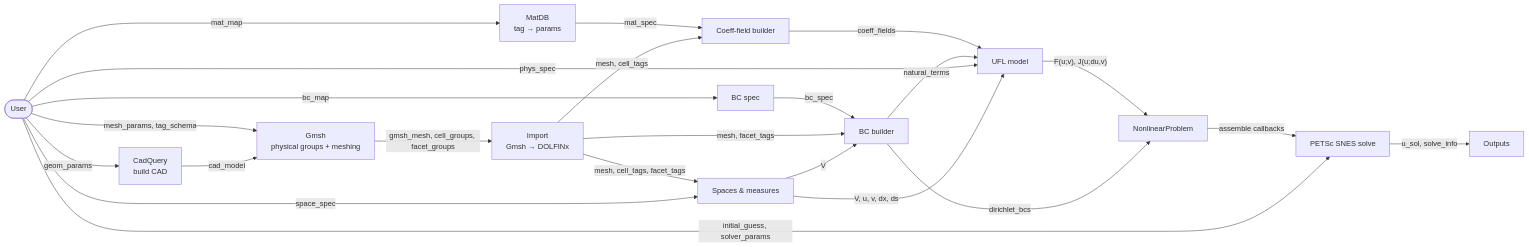
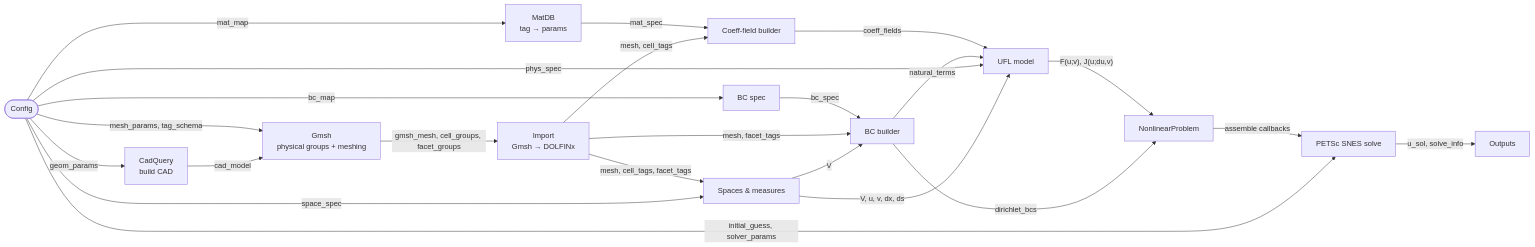
One commit to amannm/parts changed the diagram in nonlinearsteady.mermaid. Above: the diagram before and after it, drawn with Mermaid. The commit also changed 3 other files, not shown here.

```diff
--- a/nonlinearsteady.mermaid
+++ b/nonlinearsteady.mermaid
@@ -1,46 +1,41 @@
 flowchart LR
-    U([User])
-
-        CQ["CadQuery\nbuild CAD"]
-        GM["Gmsh\nphysical groups + meshing"]
-        IM["Import\nGmsh → DOLFINx"]
-
-        FS["Spaces & measures"]
-        MDB["MatDB\ntag → params"]
-        CF["Coeff-field builder"]
-        BCS["BC spec"]
-        BCB["BC builder"]
-
-        PHYS["UFL model"]
-
-        PROB["NonlinearProblem"]
-        SNES["PETSc SNES solve"]
-
+    U([Config])
+    CQ["CadQuery\nbuild CAD"]
+    GM["Gmsh\nphysical groups + meshing"]
+    IM["Import\nGmsh → DOLFINx"]
+    FS["Spaces & measures"]
+    MDB["MatDB\ntag → params"]
+    CF["Coeff-field builder"]
+    BCS["BC spec"]
+    BCB["BC builder"]
+    PHYS["UFL model"]
+    PROB["NonlinearProblem"]
+    SNES["PETSc SNES solve"]
     OUT["Outputs"]
 %% Geometry + mesh
     U -- geom_params --> CQ
     U -- " mesh_params, tag_schema " --> GM
     CQ -- cad_model --> GM
     GM -- " gmsh_mesh, cell_groups, facet_groups " --> IM
     IM -- " mesh, cell_tags, facet_tags " --> FS
 %% Spaces
     U -- space_spec --> FS
 %% Materials / coefficients
     U -- mat_map --> MDB
     MDB -- mat_spec --> CF
     IM -- " mesh, cell_tags " --> CF
     CF -- coeff_fields --> PHYS
 %% Boundary conditions
     U -- bc_map --> BCS
     BCS -- bc_spec --> BCB
     IM -- " mesh, facet_tags " --> BCB
     FS -- V --> BCB
     BCB -- natural_terms --> PHYS
 %% Physics + forms
     U -- phys_spec --> PHYS
     FS -- " V, u, v, dx, ds " --> PHYS
     PHYS -- " F(u;v), J(u;du,v) " --> PROB
     BCB -- dirichlet_bcs --> PROB
     PROB -- " assemble callbacks " --> SNES
     U -- " initial_guess, solver_params " --> SNES
     SNES -- " u_sol, solve_info " --> OUT
```
